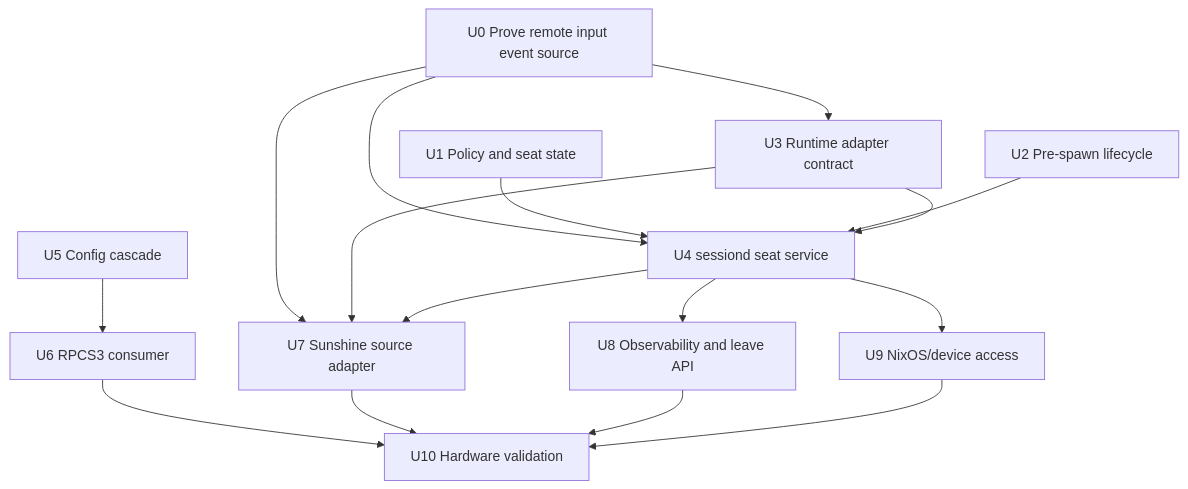
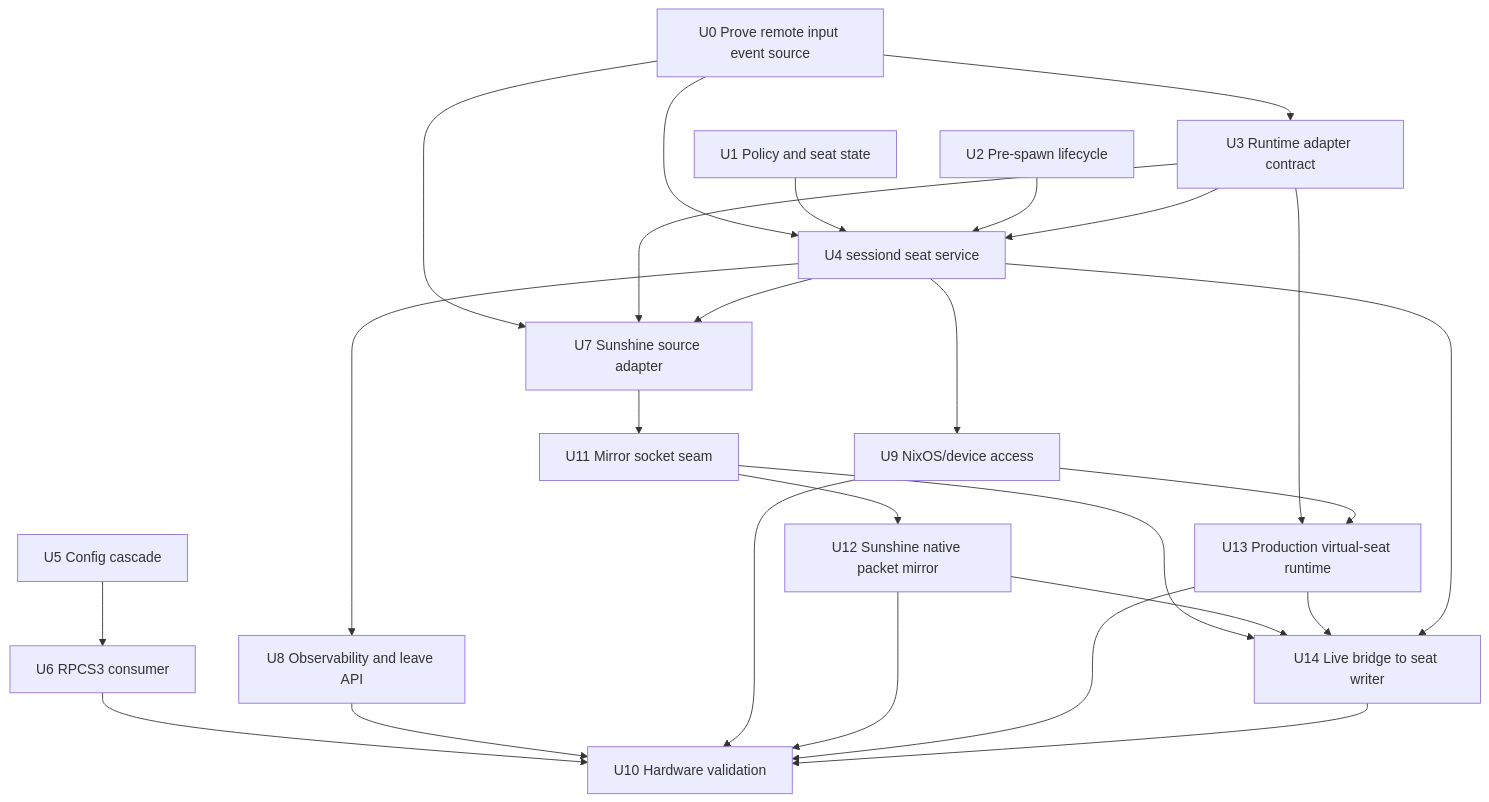
The third of 4 diagrams in work/items/active/01KWTZ3DDBRFV3GAJFFDRR7Z57-sessiond-remote-input-seats/plan.md (simonwjackson/korri), drawn with Mermaid before and after one commit. The commit also changed other lines of this file, not shown here.

Commit message:
docs(work-item): clarify remaining input seat ship blockers

````diff
--- a/work/items/active/01KWTZ3DDBRFV3GAJFFDRR7Z57-sessiond-remote-input-seats/plan.md
+++ b/work/items/active/01KWTZ3DDBRFV3GAJFFDRR7Z57-sessiond-remote-input-seats/plan.md
@@ -189,30 +194,44 @@
 ```mermaid
 flowchart TB
     U0[U0 Prove remote input event source]
     U1[U1 Policy and seat state]
     U2[U2 Pre-spawn lifecycle]
     U3[U3 Runtime adapter contract]
     U4[U4 sessiond seat service]
     U5[U5 Config cascade]
     U6[U6 RPCS3 consumer]
     U7[U7 Sunshine source adapter]
     U8[U8 Observability and leave API]
     U9[U9 NixOS/device access]
+    U11[U11 Mirror socket seam]
+    U12[U12 Sunshine native packet mirror]
+    U13[U13 Production virtual-seat runtime]
+    U14[U14 Live bridge to seat writer]
     U10[U10 Hardware validation]
 
     U0 --> U3
     U0 --> U4
     U0 --> U7
     U1 --> U4
     U2 --> U4
     U3 --> U4
     U5 --> U6
     U4 --> U8
     U3 --> U7
     U4 --> U7
+    U7 --> U11
+    U11 --> U12
+    U3 --> U13
+    U9 --> U13
+    U11 --> U14
+    U12 --> U14
+    U13 --> U14
+    U4 --> U14
     U4 --> U9
     U6 --> U10
-    U7 --> U10
     U8 --> U10
     U9 --> U10
+    U12 --> U10
+    U13 --> U10
+    U14 --> U10
 ```
````
